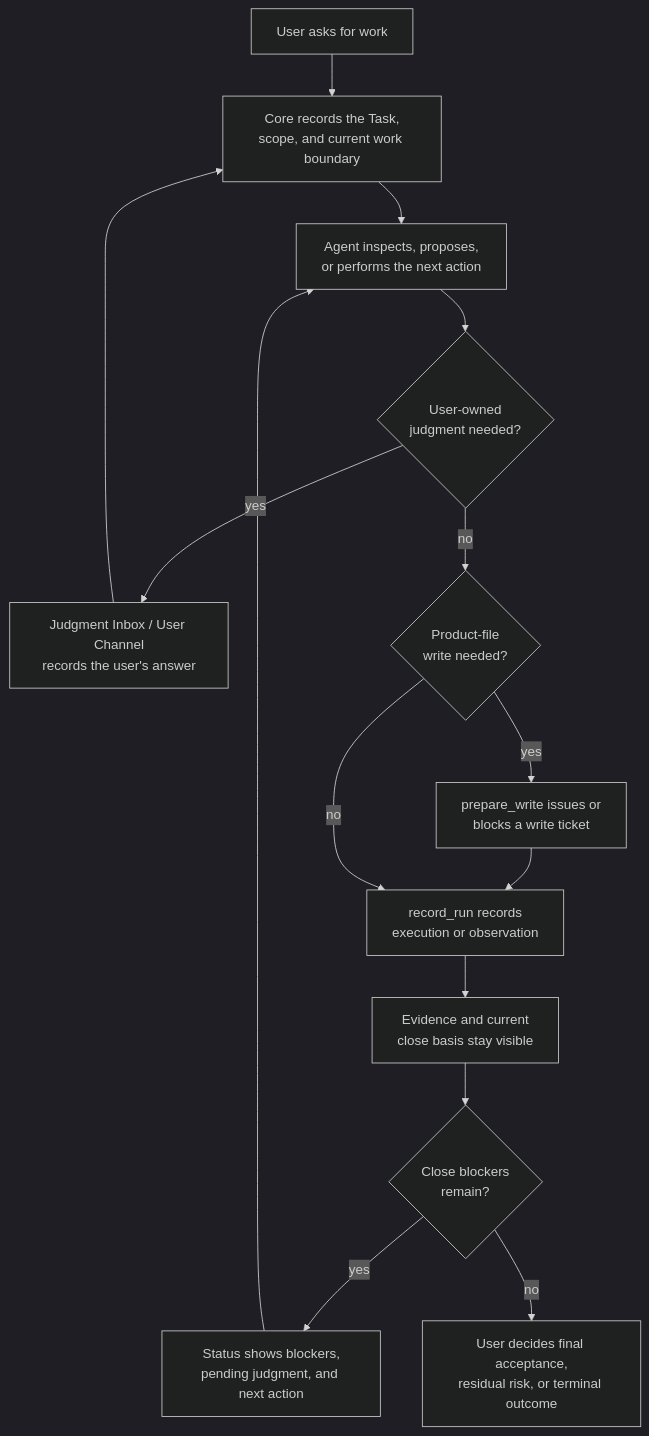
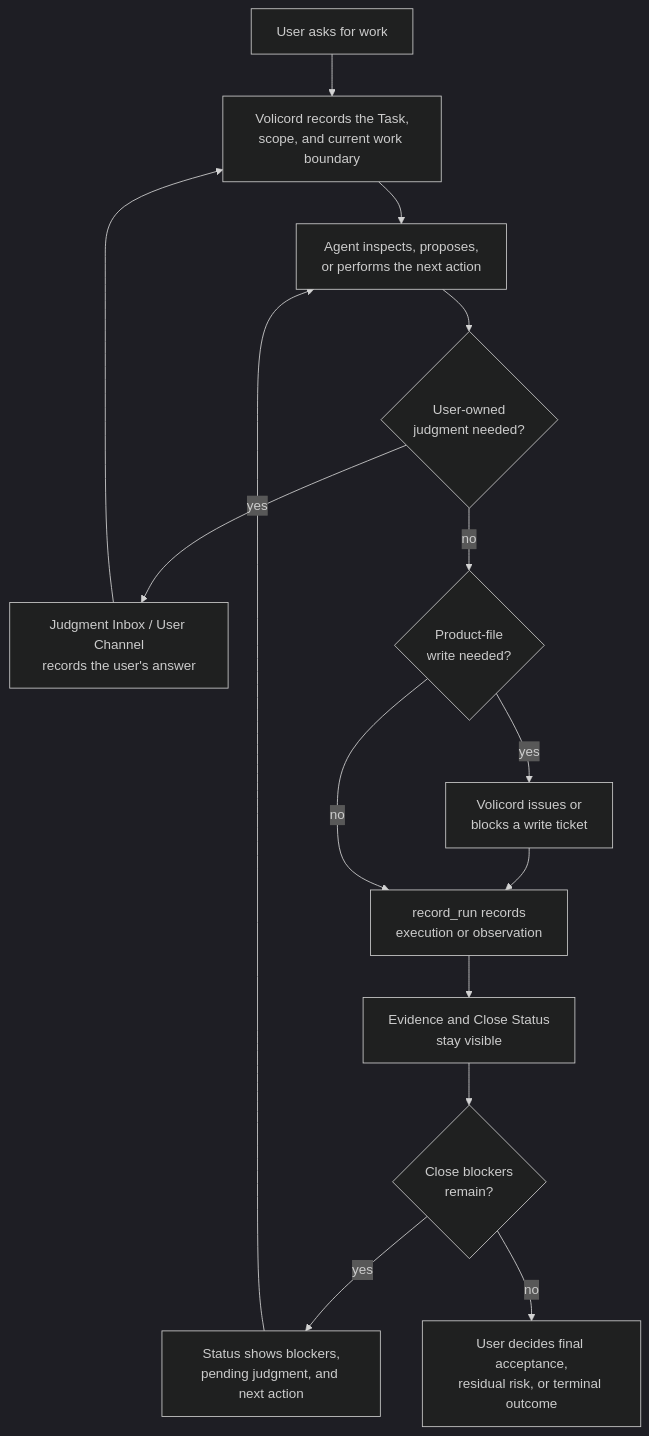
The second of 2 diagrams in README.md (minjungw00/Volicord), drawn with Mermaid (dark theme) before and after one commit. The commit also changed other lines of this file and 65 other files, not shown here.

````diff
--- a/README.md
+++ b/README.md
@@ -93,24 +91,24 @@
 ```mermaid
 flowchart TD
   request["User asks for work"]
-  task["Core records the Task,<br/>scope, and current work boundary"]
+  task["Volicord records the Task,<br/>scope, and current work boundary"]
   agent["Agent inspects, proposes,<br/>or performs the next action"]
   judgment{"User-owned<br/>judgment needed?"}
   inbox["Judgment Inbox / User Channel<br/>records the user's answer"]
   write{"Product-file<br/>write needed?"}
-  ticket["prepare_write issues or<br/>blocks a write ticket"]
+  ticket["Volicord issues or<br/>blocks a write ticket"]
   run["record_run records<br/>execution or observation"]
-  evidence["Evidence and current<br/>close basis stay visible"]
+  evidence["Evidence and Close Status<br/>stay visible"]
   close{"Close blockers<br/>remain?"}
   status["Status shows blockers,<br/>pending judgment, and next action"]
   finish["User decides final acceptance,<br/>residual risk, or terminal outcome"]
 
   request --> task --> agent --> judgment
   judgment -- yes --> inbox --> task
   judgment -- no --> write
   write -- yes --> ticket --> run
   write -- no --> run
   run --> evidence --> close
   close -- yes --> status --> agent
   close -- no --> finish
 ```
````
